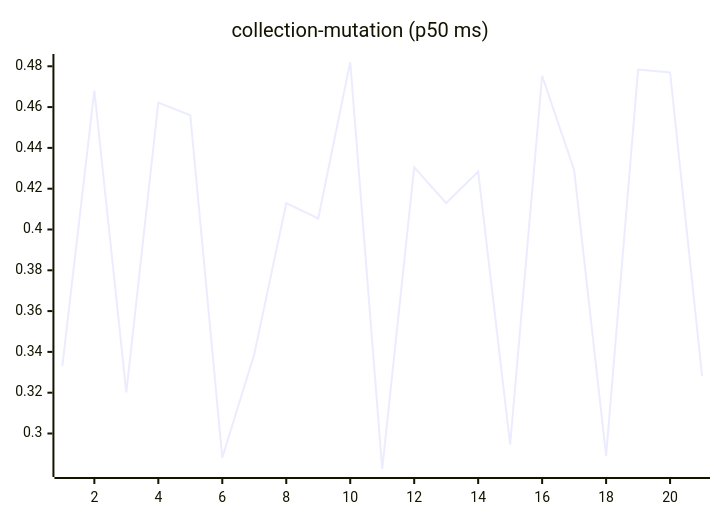
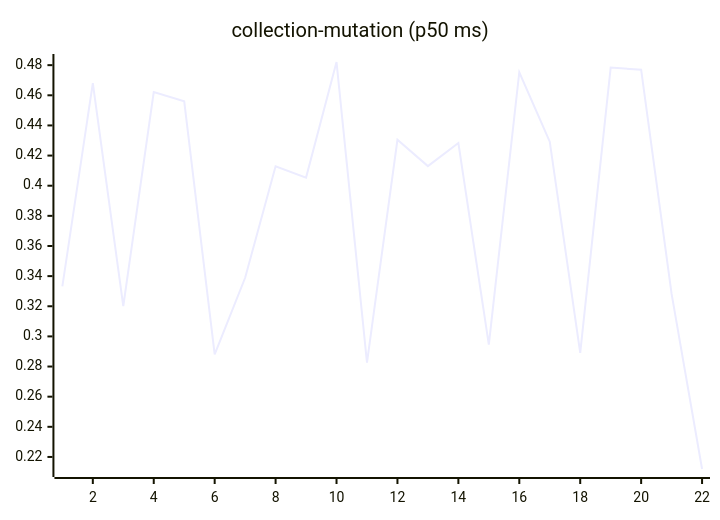
The sixth of 27 diagrams in README.md (josha/Facet), drawn with Mermaid before and after one commit. The commit also changed other lines of this file and 2 other files, not shown here.

````diff
--- a/README.md
+++ b/README.md
@@ -98,6 +98,6 @@
 ```mermaid
 xychart-beta
     title "collection-mutation (p50 ms)"
-    x-axis 1 --> 21
-    line [0.3332, 0.4681, 0.3201, 0.4622, 0.4560, 0.2881, 0.3389, 0.4129, 0.4054, 0.4821, 0.2826, 0.4305, 0.4130, 0.4283, 0.2946, 0.4753, 0.4292, 0.2890, 0.4784, 0.4770, 0.3282]
+    x-axis 1 --> 22
+    line [0.3332, 0.4681, 0.3201, 0.4622, 0.4560, 0.2881, 0.3389, 0.4129, 0.4054, 0.4821, 0.2826, 0.4305, 0.4130, 0.4283, 0.2946, 0.4753, 0.4292, 0.2890, 0.4784, 0.4770, 0.3282, 0.2120]
 ```
````
